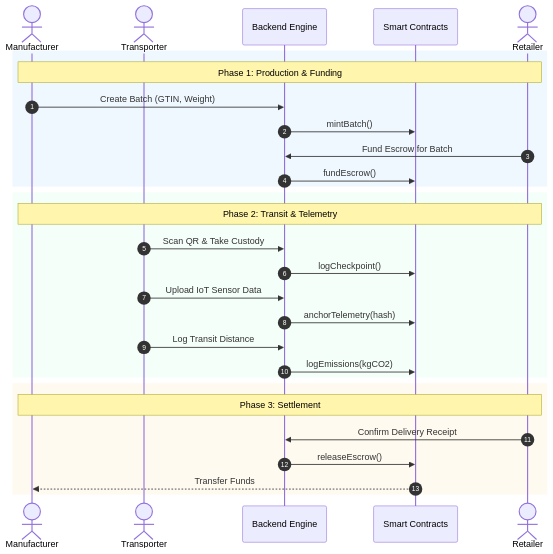
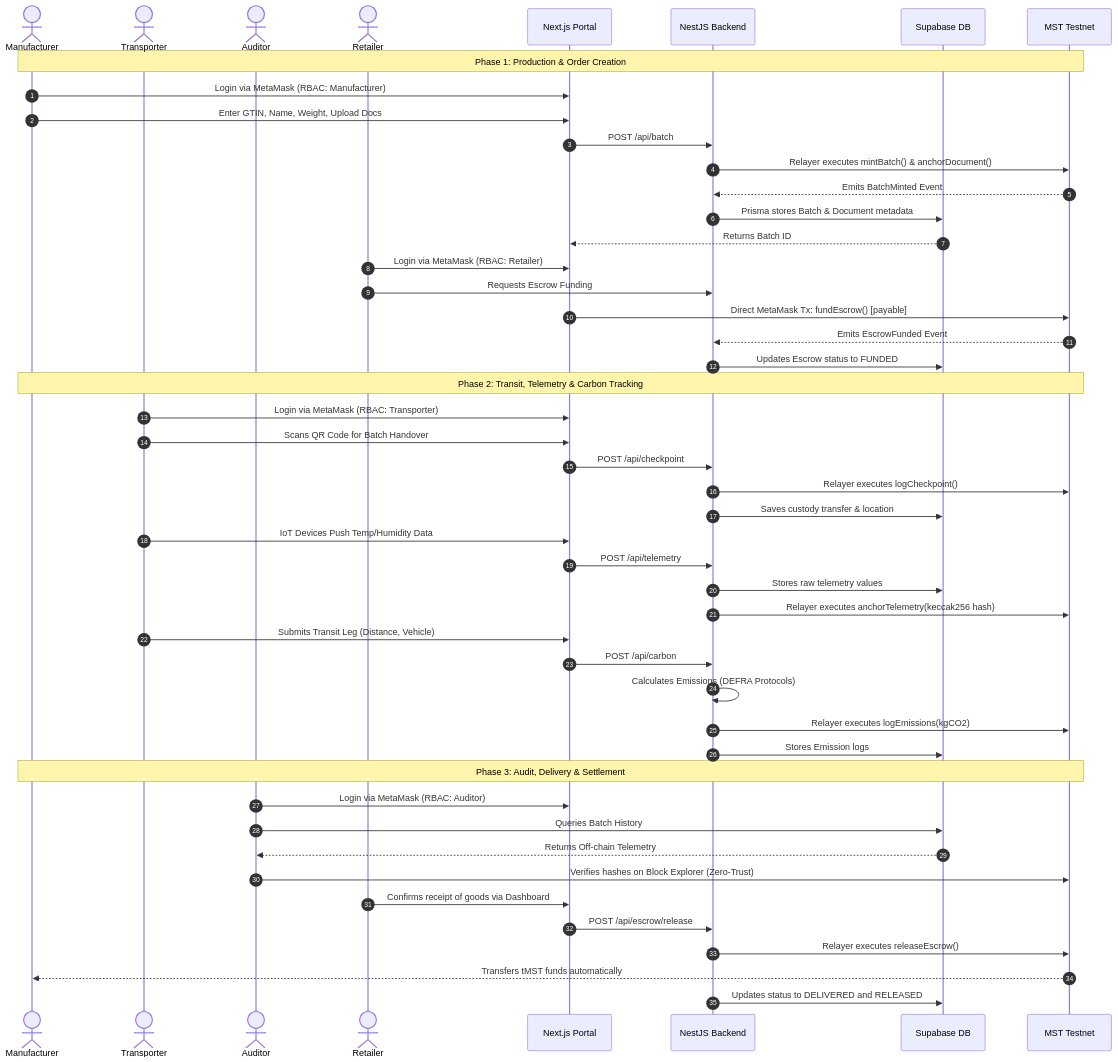
One commit to mohitdeshmukhdev/MST-SupplyChain changed the second of 3 diagrams in README.md. Above: the diagram before and after it, drawn with Mermaid. The commit also changed other lines of this file, not shown here.

Commit message:
Restore detailed, non-overflowing architecture and comprehensive user flow diagrams

````diff
--- a/README.md
+++ b/README.md
@@ -65,34 +72,57 @@
 ```mermaid
 sequenceDiagram
     autonumber
     actor Manufacturer
     actor Transporter
-    participant Backend as Backend Engine
-    participant Contracts as Smart Contracts
+    actor Auditor
     actor Retailer
+    participant Portal as Next.js Portal
+    participant API as NestJS Backend
+    participant DB as Supabase DB
+    participant Chain as MST Testnet
 
-    rect rgb(240, 248, 255)
-    Note over Manufacturer, Retailer: Phase 1: Production & Funding
-    Manufacturer->>Backend: Create Batch (GTIN, Weight)
-    Backend->>Contracts: mintBatch()
-    Retailer->>Backend: Fund Escrow for Batch
-    Backend->>Contracts: fundEscrow()
-    end
+    Note over Manufacturer, Chain: Phase 1: Production & Order Creation
+    Manufacturer->>Portal: Login via MetaMask (RBAC: Manufacturer)
+    Manufacturer->>Portal: Enter GTIN, Name, Weight, Upload Docs
+    Portal->>API: POST /api/batch
+    API->>Chain: Relayer executes mintBatch() & anchorDocument()
+    Chain-->>API: Emits BatchMinted Event
+    API->>DB: Prisma stores Batch & Document metadata
+    DB-->>Portal: Returns Batch ID
+    
+    Retailer->>Portal: Login via MetaMask (RBAC: Retailer)
+    Retailer->>API: Requests Escrow Funding
+    Portal->>Chain: Direct MetaMask Tx: fundEscrow() [payable]
+    Chain-->>API: Emits EscrowFunded Event
+    API->>DB: Updates Escrow status to FUNDED
 
-    rect rgb(245, 255, 250)
-    Note over Manufacturer, Retailer: Phase 2: Transit & Telemetry
-    Transporter->>Backend: Scan QR & Take Custody
-    Backend->>Contracts: logCheckpoint()
-    Transporter->>Backend: Upload IoT Sensor Data
-    Backend->>Contracts: anchorTelemetry(hash)
-    Transporter->>Backend: Log Transit Distance
-    Backend->>Contracts: logEmissions(kgCO2)
-    end
+    Note over Manufacturer, Chain: Phase 2: Transit, Telemetry & Carbon Tracking
+    Transporter->>Portal: Login via MetaMask (RBAC: Transporter)
+    Transporter->>Portal: Scans QR Code for Batch Handover
+    Portal->>API: POST /api/checkpoint
+    API->>Chain: Relayer executes logCheckpoint()
+    API->>DB: Saves custody transfer & location
+    
+    Transporter->>Portal: IoT Devices Push Temp/Humidity Data
+    Portal->>API: POST /api/telemetry
+    API->>DB: Stores raw telemetry values
+    API->>Chain: Relayer executes anchorTelemetry(keccak256 hash)
+    
+    Transporter->>Portal: Submits Transit Leg (Distance, Vehicle)
+    Portal->>API: POST /api/carbon
+    API->>API: Calculates Emissions (DEFRA Protocols)
+    API->>Chain: Relayer executes logEmissions(kgCO2)
+    API->>DB: Stores Emission logs
 
-    rect rgb(255, 250, 240)
-    Note over Manufacturer, Retailer: Phase 3: Settlement
-    Retailer->>Backend: Confirm Delivery Receipt
-    Backend->>Contracts: releaseEscrow()
-    Contracts-->>Manufacturer: Transfer Funds
-    end
+    Note over Manufacturer, Chain: Phase 3: Audit, Delivery & Settlement
+    Auditor->>Portal: Login via MetaMask (RBAC: Auditor)
+    Auditor->>DB: Queries Batch History
+    DB-->>Auditor: Returns Off-chain Telemetry
+    Auditor->>Chain: Verifies hashes on Block Explorer (Zero-Trust)
+    
+    Retailer->>Portal: Confirms receipt of goods via Dashboard
+    Portal->>API: POST /api/escrow/release
+    API->>Chain: Relayer executes releaseEscrow()
+    Chain-->>Manufacturer: Transfers tMST funds automatically
+    API->>DB: Updates status to DELIVERED and RELEASED
 ```
````
